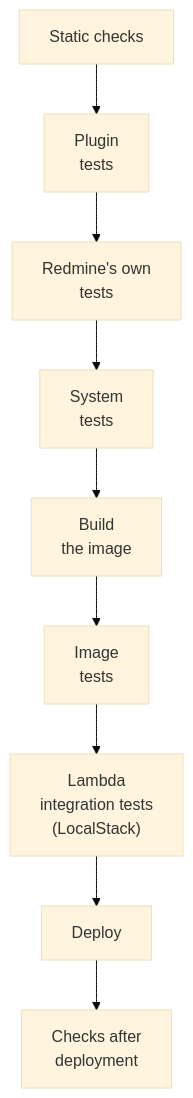
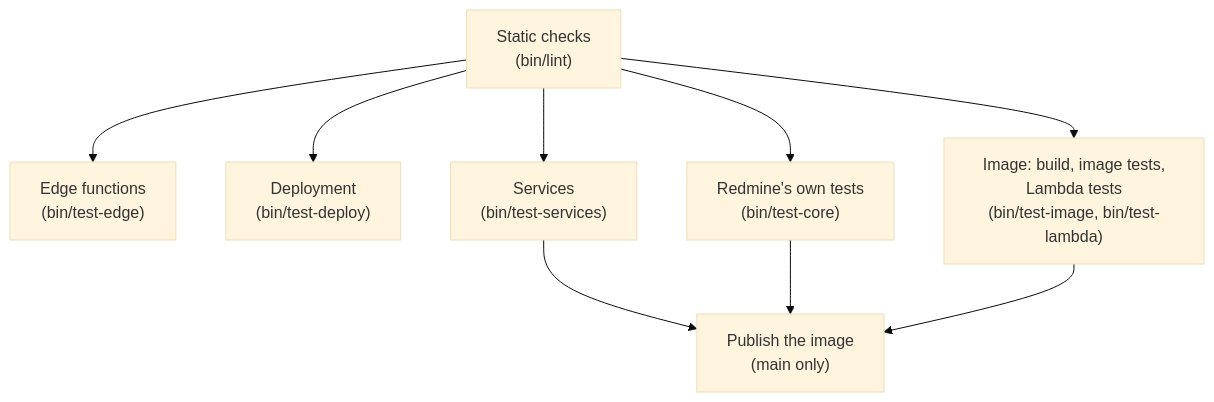
The diagram in docs/testing.md (redmine-kit/serverless), drawn with Mermaid (base theme) before and after one commit. The commit also changed other lines of this file and 11 other files, not shown here.

First line of the commit message:
Document bin/deploy, the account roles and the new tests

````diff
--- a/docs/testing.md
+++ b/docs/testing.md
@@ -213,11 +242,11 @@
 ```mermaid
 flowchart TD
-  a["Static checks"] --> b["Plugin<br>tests"]
-  b --> c["Redmine's own<br>tests"]
-  c --> d["System<br>tests"]
-  d --> e["Build<br>the image"]
-  e --> f["Image<br>tests"]
-  f --> f2["Lambda<br>integration tests<br>(LocalStack)"]
-  f2 --> g["Deploy"]
-  g --> h["Checks after<br>deployment"]
+  a["Static checks<br>(bin/lint)"] --> e["Edge functions<br>(bin/test-edge)"]
+  a --> d["Deployment<br>(bin/test-deploy)"]
+  a --> s["Services<br>(bin/test-services)"]
+  a --> c["Redmine's own tests<br>(bin/test-core)"]
+  a --> i["Image: build, image tests,<br>Lambda tests<br>(bin/test-image, bin/test-lambda)"]
+  s --> p["Publish the image<br>(main only)"]
+  c --> p
+  i --> p
 ```
````
